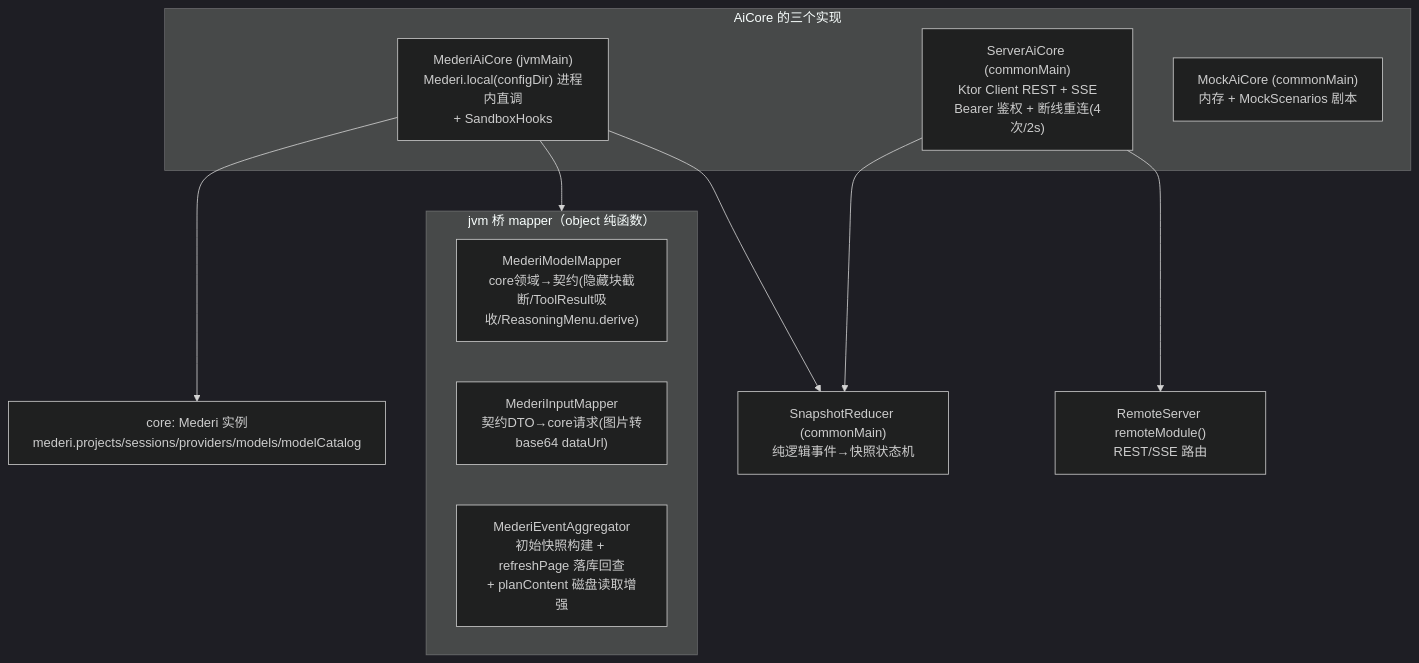
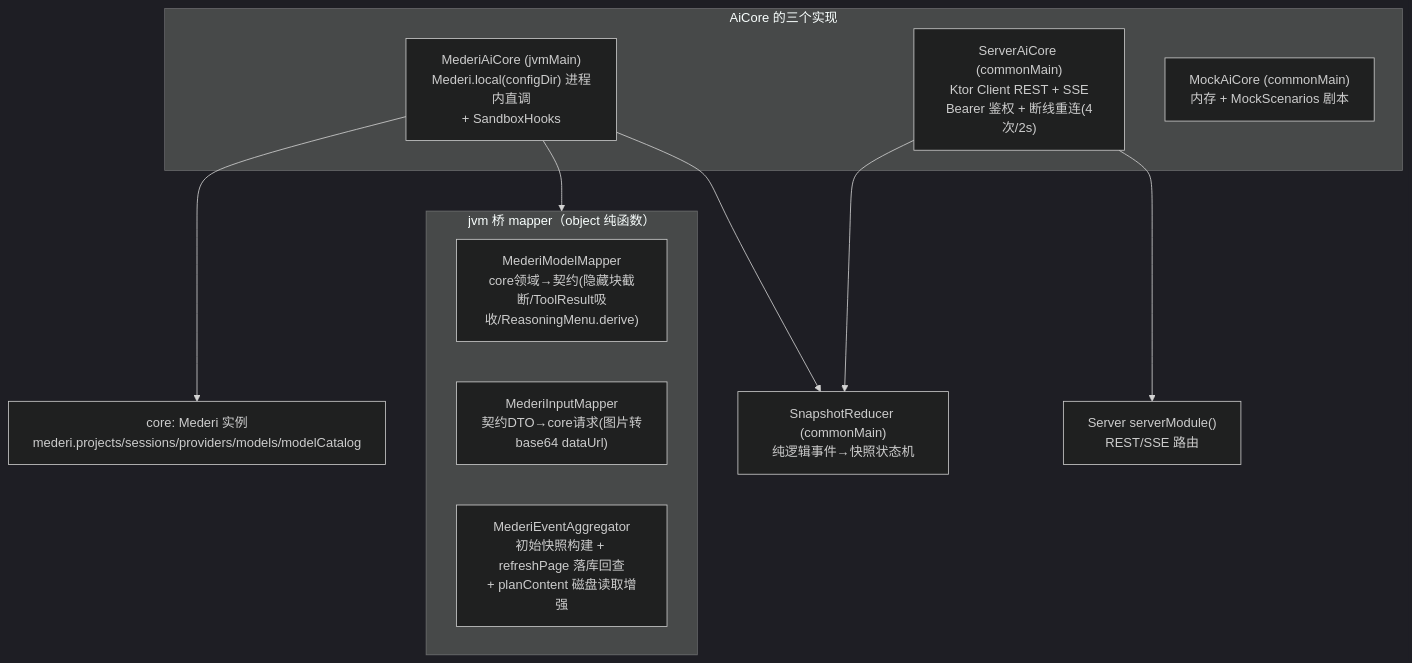
One commit to lzdev42/mederi changed the first of 4 diagrams in docs/architecture/02-app-shared.md. Above: the diagram before and after it, drawn with Mermaid (dark theme). The commit also changed other lines of this file and 96 other files, not shown here.

````diff
--- a/docs/architecture/02-app-shared.md
+++ b/docs/architecture/02-app-shared.md
@@ -193,21 +204,21 @@
 ```mermaid
 flowchart TB
     subgraph impls["AiCore 的三个实现"]
         MAC["MederiAiCore (jvmMain)<br/>Mederi.local(configDir) 进程内直调<br/>+ SandboxHooks"]
         SAC["ServerAiCore (commonMain)<br/>Ktor Client REST + SSE<br/>Bearer 鉴权 + 断线重连(4次/2s)"]
         MOCK["MockAiCore (commonMain)<br/>内存 + MockScenarios 剧本"]
     end
     CORE["core: Mederi 实例<br/>mederi.projects/sessions/providers/models/modelCatalog"]
-    RS["RemoteServer remoteModule()<br/>REST/SSE 路由"]
+    RS["Server serverModule()<br/>REST/SSE 路由"]
     subgraph mappers["jvm 桥 mapper（object 纯函数）"]
         MM["MederiModelMapper<br/>core领域→契约(隐藏块截断/ToolResult吸收/ReasoningMenu.derive)"]
         MI["MederiInputMapper<br/>契约DTO→core请求(图片转base64 dataUrl)"]
         EA["MederiEventAggregator<br/>初始快照构建 + refreshPage 落库回查<br/>+ planContent 磁盘读取增强"]
     end
     REDUCER["SnapshotReducer (commonMain)<br/>纯逻辑事件→快照状态机"]
     MAC --> CORE
     MAC --> mappers
     SAC --> RS
     SAC --> REDUCER
     MAC --> REDUCER
 ```
````
